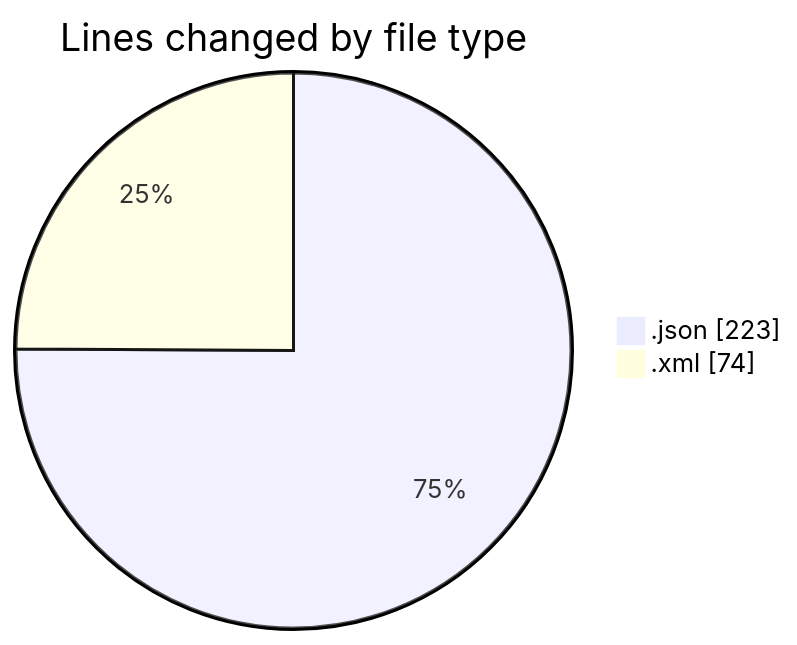
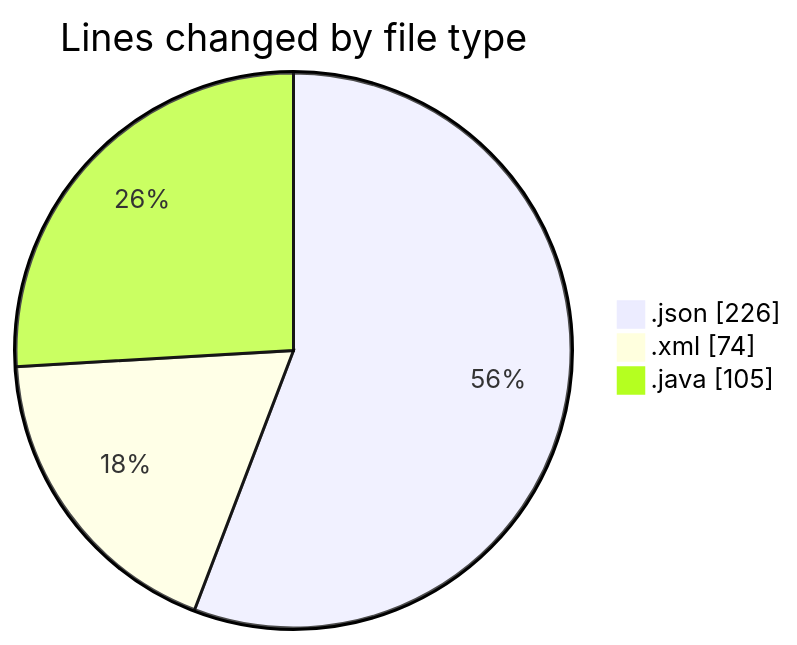
The first of 2 diagrams in 2025-03-15/sms/README.md (idhammustaqopulfikri/code-tracking), drawn with Mermaid before and after one commit. The commit also changed other lines of this file and 1 other file, not shown here.

````diff
--- a/2025-03-15/sms/README.md
+++ b/2025-03-15/sms/README.md
@@ -22,6 +23,7 @@
 ```mermaid
 pie showData
 title Lines changed by file type
-".json" : 223
+".json" : 226
 ".xml" : 74
+".java" : 105
 ```
````
